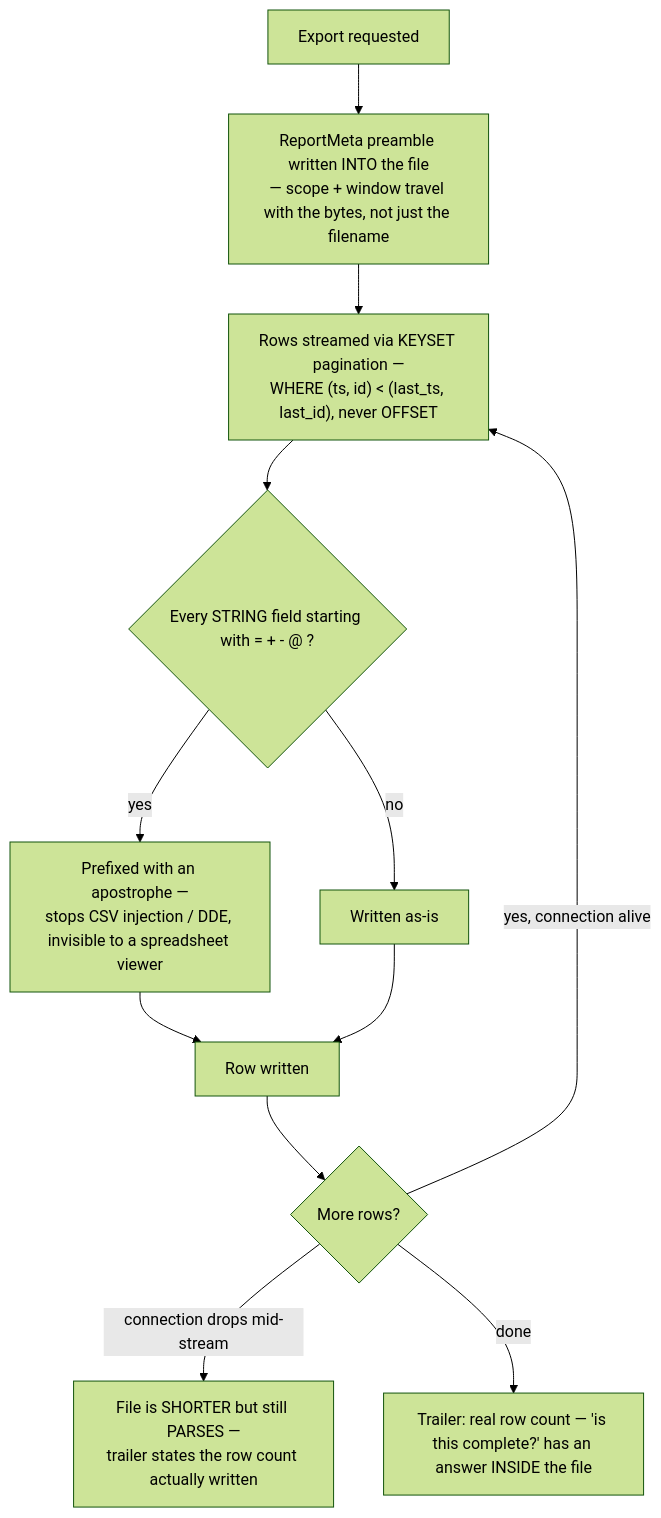
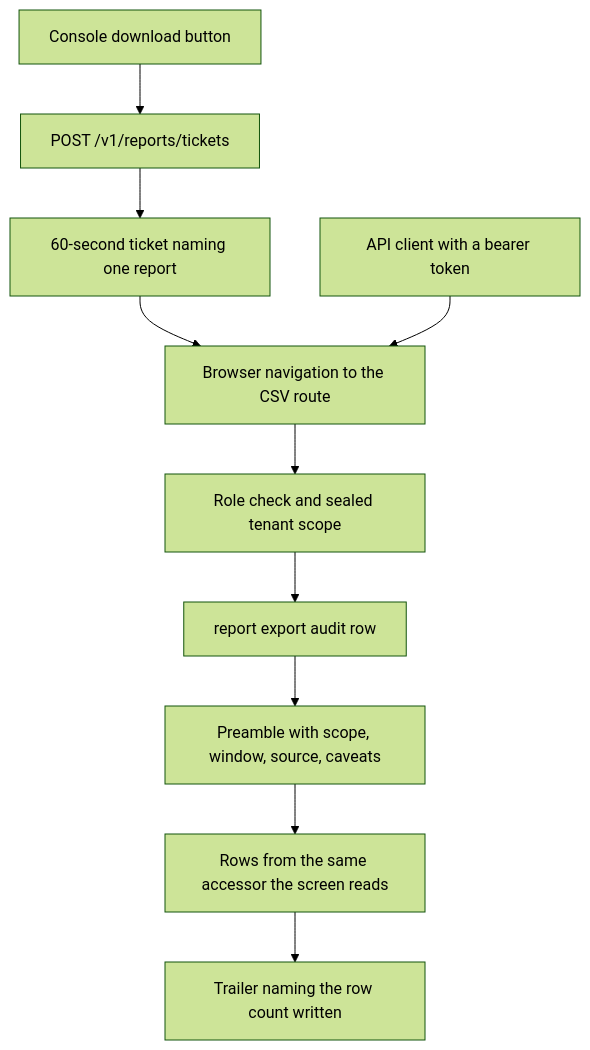
Before and after one commit to yrevash/aegis: the diagram in docs/teaching/reports.md, drawn with Mermaid (forest theme). The commit also changed other lines of this file and 29 other files, not shown here.

````diff
--- a/docs/teaching/reports.md
+++ b/docs/teaching/reports.md
@@ -24,14 +18,12 @@
 ```mermaid
 flowchart TD
-    A[Export requested] --> B["ReportMeta preamble written INTO the file<br/>— scope + window travel with the bytes, not just the filename"]
-    B --> C["Rows streamed via KEYSET pagination —<br/>WHERE (ts, id) < (last_ts, last_id), never OFFSET"]
-    C --> D{"Every STRING field starting with = + - @ ?"}
-    D -->|yes| E["Prefixed with an apostrophe —<br/>stops CSV injection / DDE, invisible to a spreadsheet viewer"]
-    D -->|no| F[Written as-is]
-    E --> G[Row written]
-    F --> G
-    G --> H{More rows?}
-    H -->|yes, connection alive| C
-    H -->|connection drops mid-stream| I["File is SHORTER but still PARSES —<br/>trailer states the row count actually written"]
-    H -->|done| J["Trailer: real row count — 'is this complete?' has an answer INSIDE the file"]
+    A[Console download button] --> B[POST /v1/reports/tickets]
+    B --> C[60-second ticket naming one report]
+    C --> D[Browser navigation to the CSV route]
+    E[API client with a bearer token] --> D
+    D --> F[Role check and sealed tenant scope]
+    F --> G[report export audit row]
+    G --> H[Preamble with scope, window, source, caveats]
+    H --> I[Rows from the same accessor the screen reads]
+    I --> J[Trailer naming the row count written]
 ```
````
